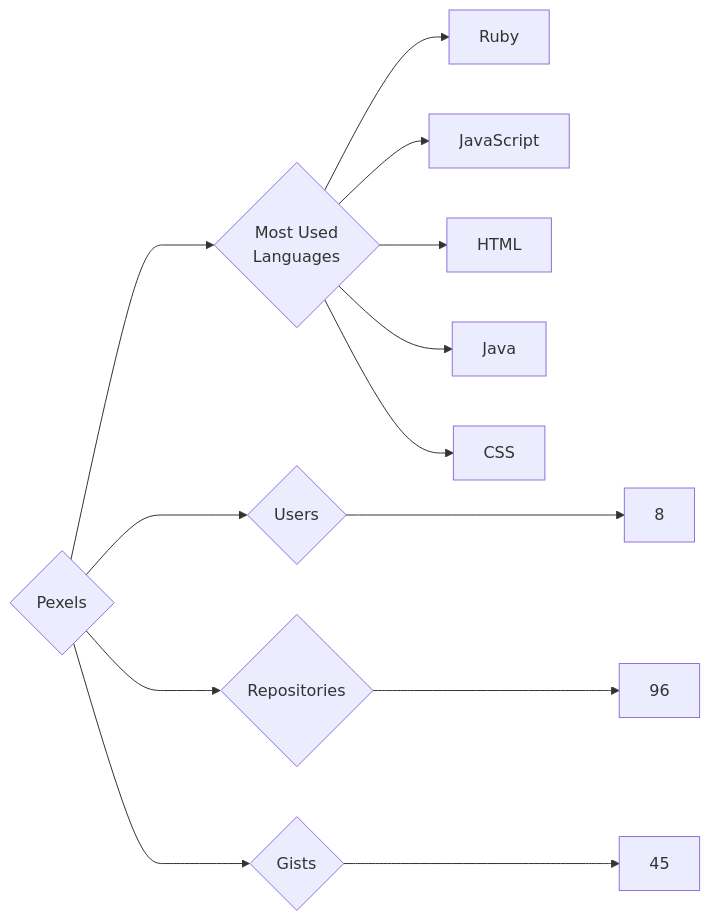
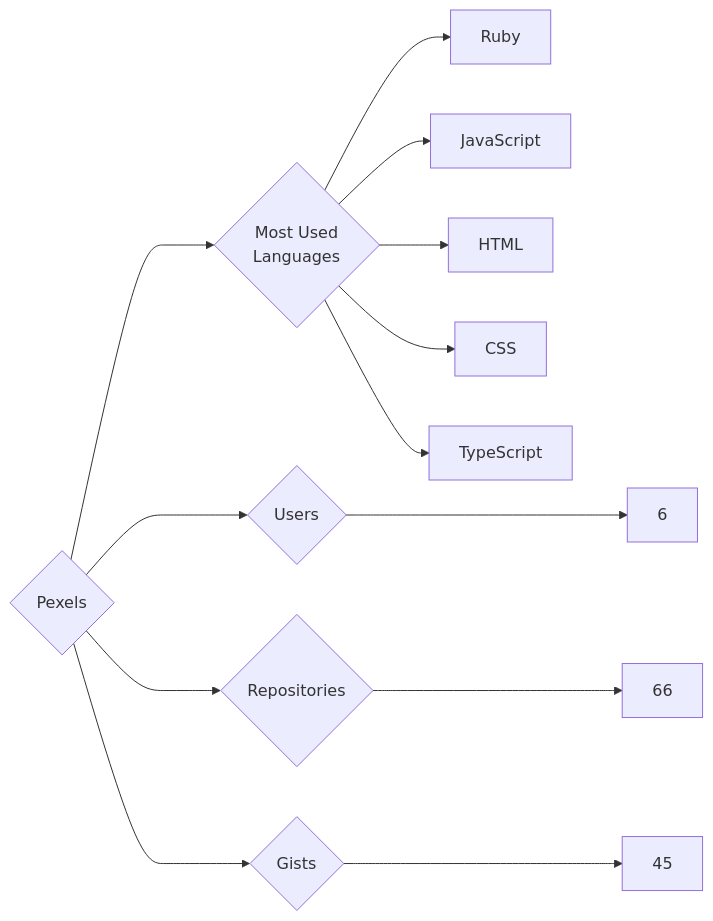
The diagram in targets/Pexels/README.md (trickest/insiders), drawn with Mermaid before and after one commit. The commit also changed 681 other files, not shown here.

````diff
--- a/targets/Pexels/README.md
+++ b/targets/Pexels/README.md
@@ -3,13 +3,13 @@
 ```mermaid
 graph LR
 COMPANY_NAME{Pexels}
-COMPANY_NAME ---> U{Users} ---> UN[8]
-COMPANY_NAME ---> R{Repositories} ---> RN[96]
+COMPANY_NAME ---> U{Users} ---> UN[6]
+COMPANY_NAME ---> R{Repositories} ---> RN[66]
 COMPANY_NAME ---> G{Gists} ---> GN[45]
 COMPANY_NAME ---> ML{Most Used<br>Languages}
 ML --> Ruby[Ruby]
 ML --> JavaScript[JavaScript]
 ML --> HTML[HTML]
-ML --> Java[Java]
 ML --> CSS[CSS]
+ML --> TypeScript[TypeScript]
 ```
````
